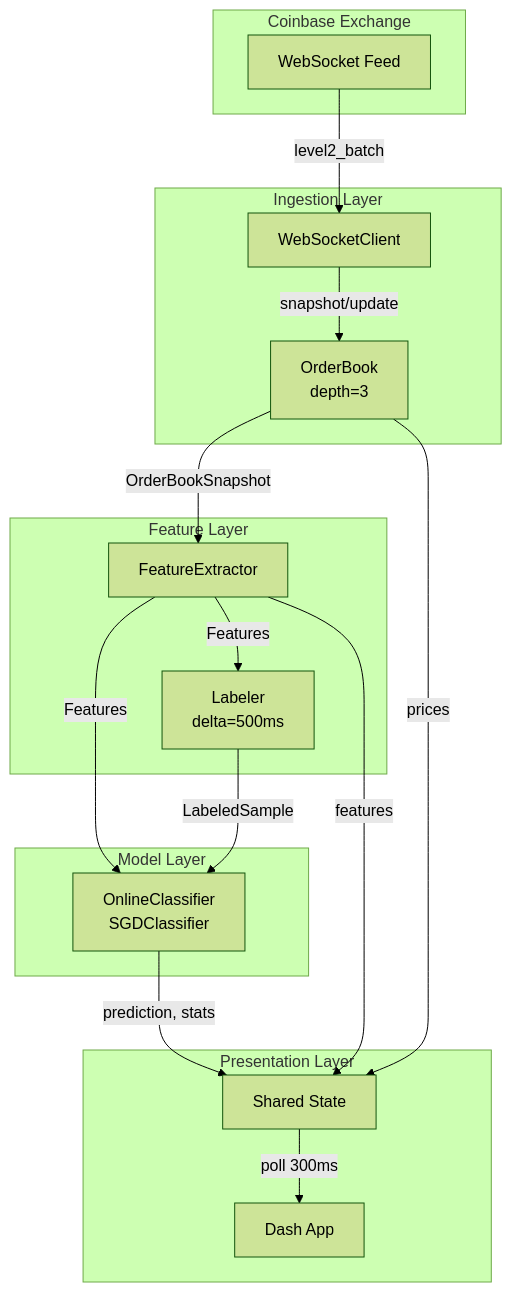
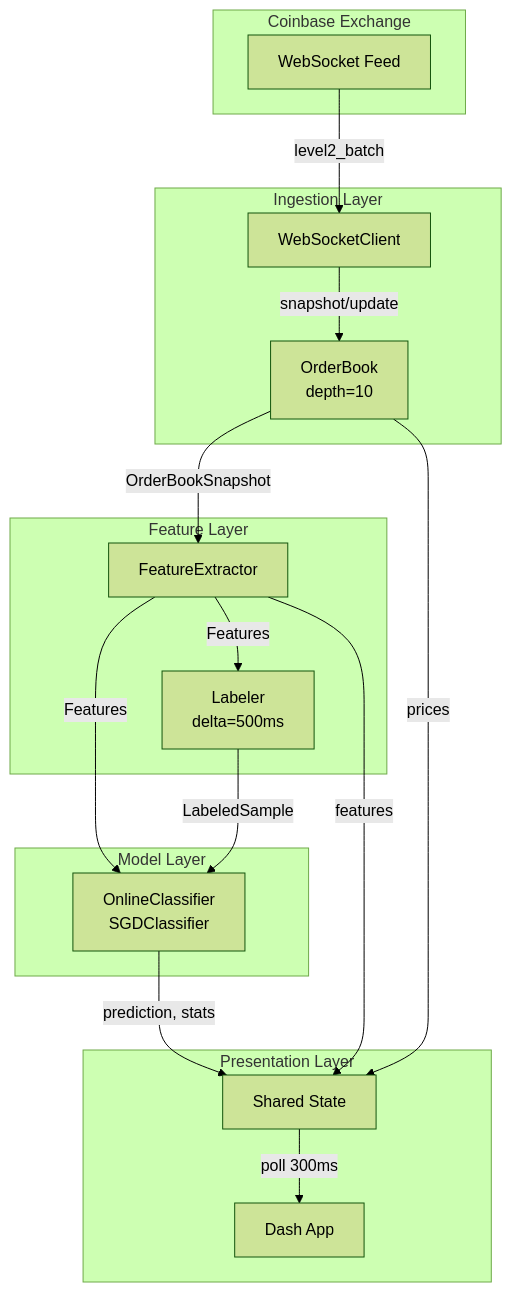
Before and after one commit to elinsky/market-microstructure-ml: the first of 5 diagrams in docs/design/data-layer.md, drawn with Mermaid (forest theme). The commit also changed other lines of this file and 6 other files, not shown here.

First line of the commit message:
feat: increase order book depth from 3 to 10 levels

````diff
--- a/docs/design/data-layer.md
+++ b/docs/design/data-layer.md
@@ -17,36 +17,36 @@
 ```mermaid
 flowchart TB
     subgraph Coinbase["Coinbase Exchange"]
         WSFeed[WebSocket Feed]
     end
 
     subgraph Ingestion["Ingestion Layer"]
         WSClient[WebSocketClient]
-        OB[OrderBook<br/>depth=3]
+        OB[OrderBook<br/>depth=10]
     end
 
     subgraph Features["Feature Layer"]
         FE[FeatureExtractor]
         Labeler[Labeler<br/>delta=500ms]
     end
 
     subgraph Model["Model Layer"]
         Classifier[OnlineClassifier<br/>SGDClassifier]
     end
 
     subgraph Presentation["Presentation Layer"]
         State[Shared State]
         Dashboard[Dash App]
     end
 
     WSFeed -->|level2_batch| WSClient
     WSClient -->|snapshot/update| OB
     OB -->|OrderBookSnapshot| FE
     FE -->|Features| Labeler
     FE -->|Features| Classifier
     Labeler -->|LabeledSample| Classifier
     Classifier -->|prediction, stats| State
     FE -->|features| State
     OB -->|prices| State
     State -->|poll 300ms| Dashboard
 ```
````
